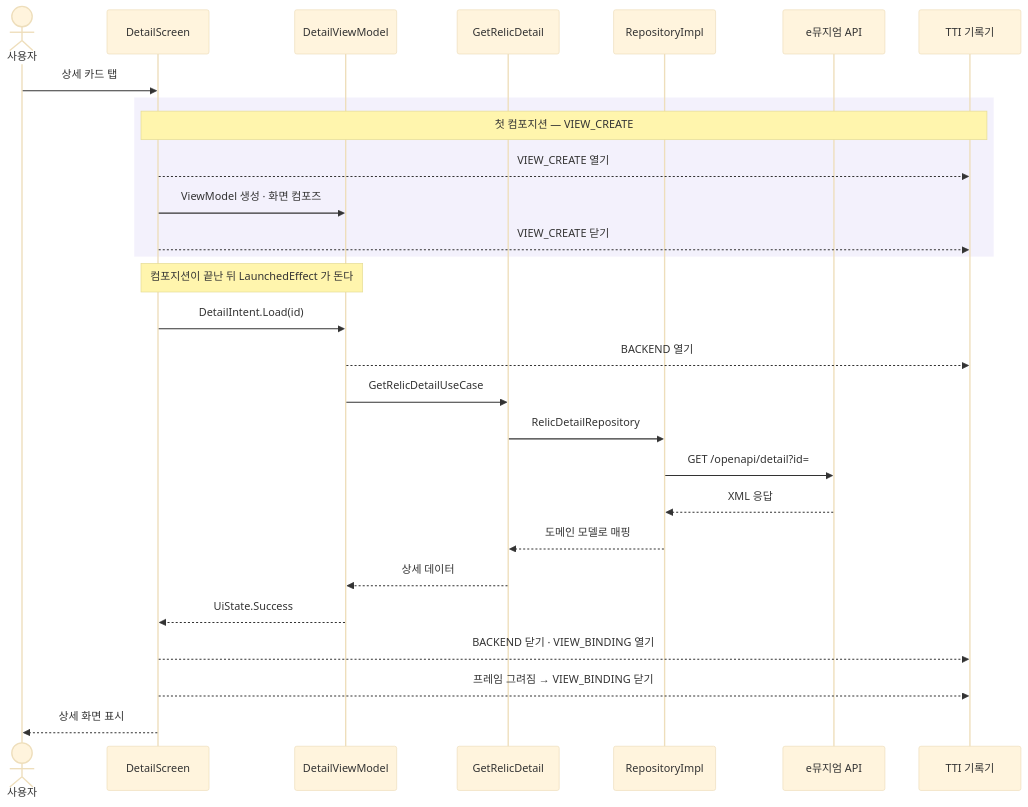
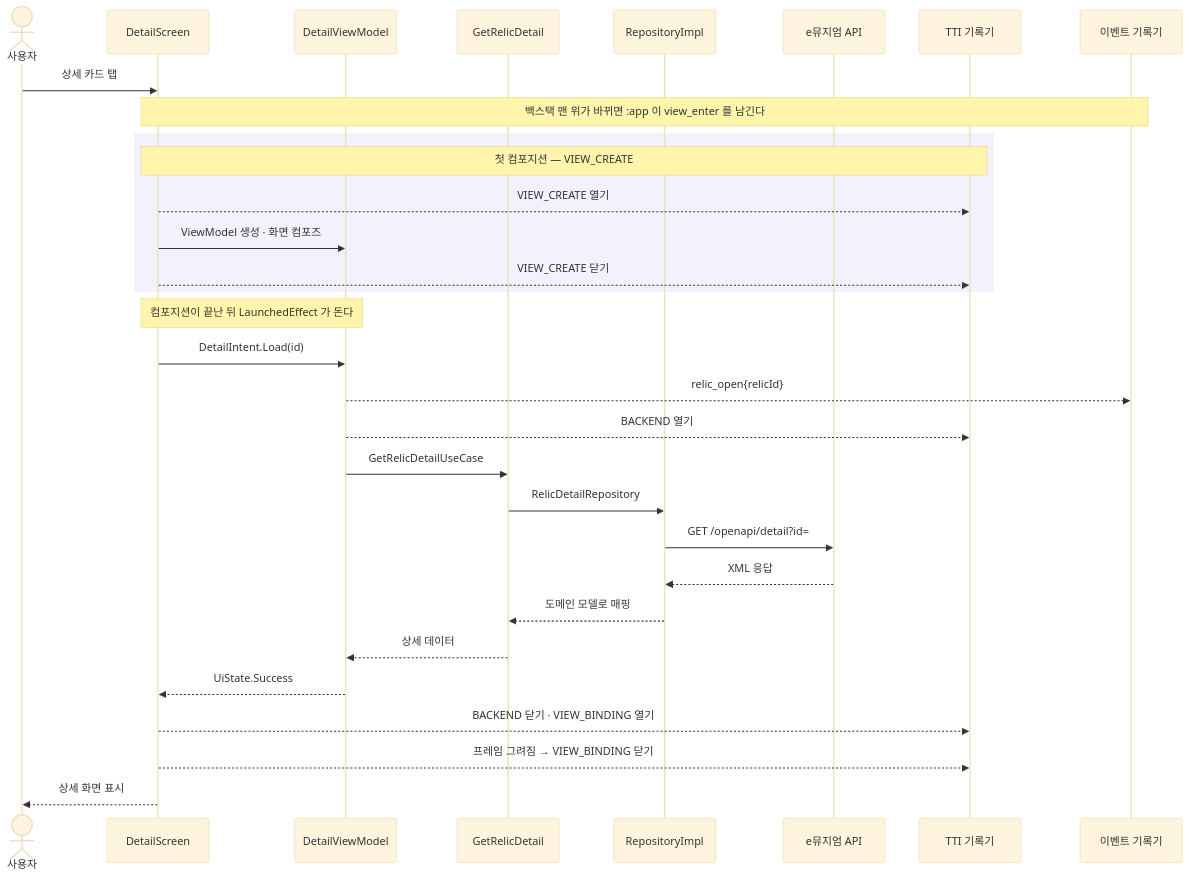
The second of 2 diagrams in README.md (Sadturtleman/EveryMuseum), drawn with Mermaid (base theme) before and after one commit. The commit also changed other lines of this file and 5 other files, not shown here.

First line of the commit message:
Document the business event logging module in the README and diagrams

````diff
--- a/README.md
+++ b/README.md
@@ -66,33 +79,36 @@
 ```mermaid
 sequenceDiagram
     actor U as 사용자
     participant S as DetailScreen
     participant VM as DetailViewModel
     participant UC as GetRelicDetail
     participant R as RepositoryImpl
     participant API as e뮤지엄 API
     participant T as TTI 기록기
+    participant B as 이벤트 기록기
 
     U->>S: 상세 카드 탭
+    Note over S,B: 백스택 맨 위가 바뀌면 :app 이 view_enter 를 남긴다
 
     rect rgba(140,120,220,0.10)
     Note over S,T: 첫 컴포지션 — VIEW_CREATE
     S-->>T: VIEW_CREATE 열기
     S->>VM: ViewModel 생성 · 화면 컴포즈
     S-->>T: VIEW_CREATE 닫기
     end
 
     Note over S,VM: 컴포지션이 끝난 뒤 LaunchedEffect 가 돈다
     S->>VM: DetailIntent.Load(id)
+    VM-->>B: relic_open{relicId}
     VM-->>T: BACKEND 열기
     VM->>UC: GetRelicDetailUseCase
     UC->>R: RelicDetailRepository
     R->>API: GET /openapi/detail?id=
     API-->>R: XML 응답
     R-->>UC: 도메인 모델로 매핑
     UC-->>VM: 상세 데이터
     VM-->>S: UiState.Success
     S-->>T: BACKEND 닫기 · VIEW_BINDING 열기
     S-->>T: 프레임 그려짐 → VIEW_BINDING 닫기
     S-->>U: 상세 화면 표시
 ```
````
